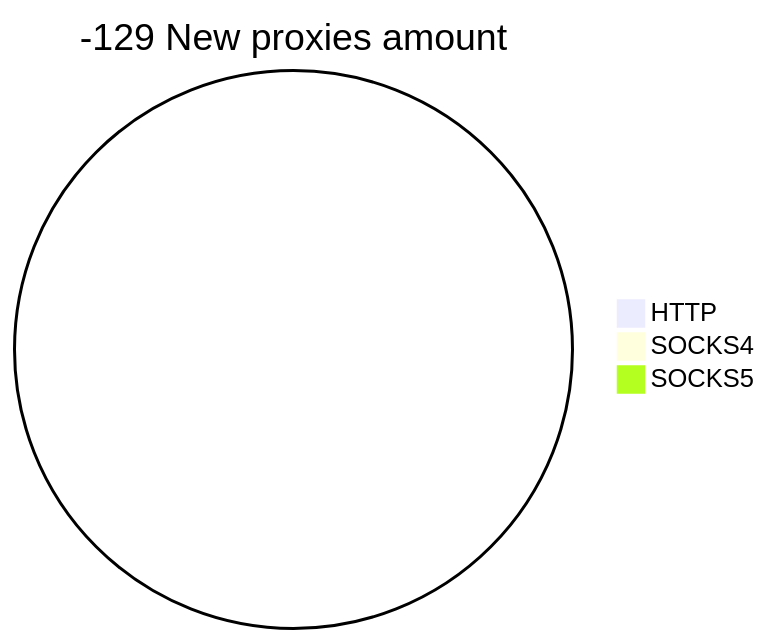
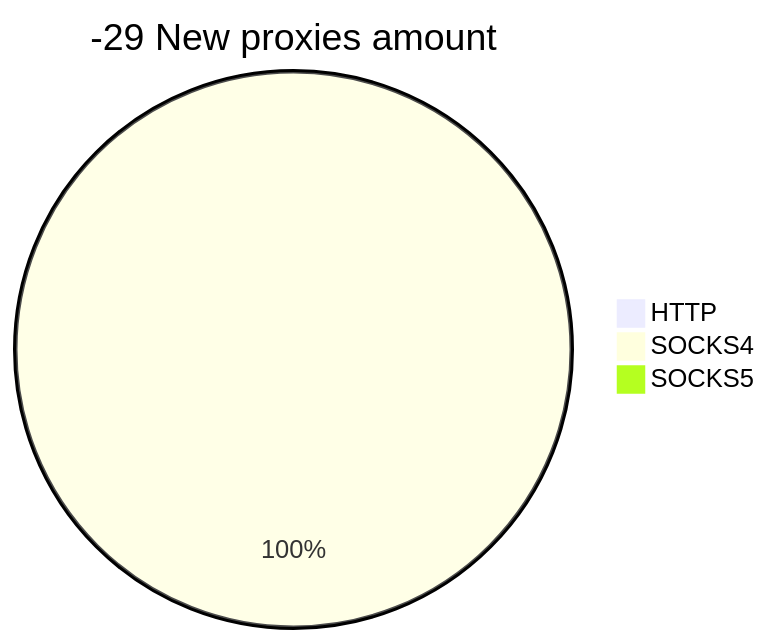
Before and after one commit to cutipu/proxylist: the second of 2 diagrams in README.md, drawn with Mermaid. The commit also changed other lines of this file, not shown here.

````diff
--- a/README.md
+++ b/README.md
@@ -10,6 +10,6 @@
 ```mermaid
-pie title -129 New proxies amount
+pie title -29 New proxies amount
     "HTTP" : 0
-    "SOCKS4" : 0
+    "SOCKS4" : 20
     "SOCKS5" : 0
 ```
````
